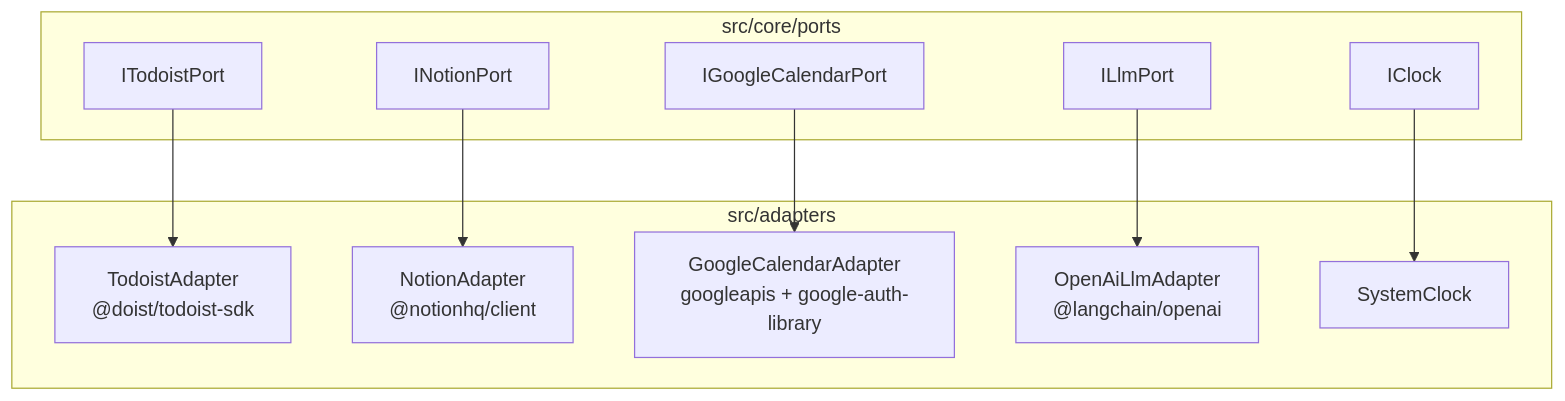
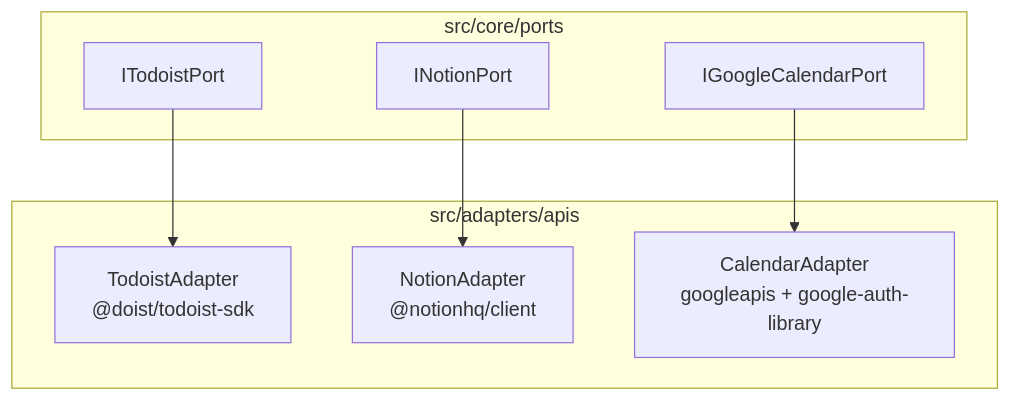
One commit to leandrobudaumoraes/MyLife changed the diagram in docs/specs/01-api-integrations.md. Above: the diagram before and after it, drawn with Mermaid. The commit also changed other lines of this file and 9 other files, not shown here.

Commit message:
Update architecture overview, add .env.example for environment configuration, and enhance README with detailed project description and current implementation status. Adjust specs to reflect the current state of the codebase and clarify the roles of agents and their interactions.

````diff
--- a/docs/specs/01-api-integrations.md
+++ b/docs/specs/01-api-integrations.md
@@ -13,24 +15,18 @@
 ```mermaid
 flowchart TB
   subgraph Domain["src/core/ports"]
     ITodoistPort
     INotionPort
     IGoogleCalendarPort
-    ILlmPort
-    IClock
   end
 
-  subgraph Adapters["src/adapters"]
+  subgraph Adapters["src/adapters/apis"]
     TodoistAdapter["TodoistAdapter<br/>@doist/todoist-sdk"]
     NotionAdapter["NotionAdapter<br/>@notionhq/client"]
-    GCalAdapter["GoogleCalendarAdapter<br/>googleapis + google-auth-library"]
-    LlmAdapter["OpenAiLlmAdapter<br/>@langchain/openai"]
-    SystemClock["SystemClock"]
+    GCalAdapter["CalendarAdapter<br/>googleapis + google-auth-library"]
   end
 
   ITodoistPort --> TodoistAdapter
   INotionPort --> NotionAdapter
   IGoogleCalendarPort --> GCalAdapter
-  ILlmPort --> LlmAdapter
-  IClock --> SystemClock
 ```
````
